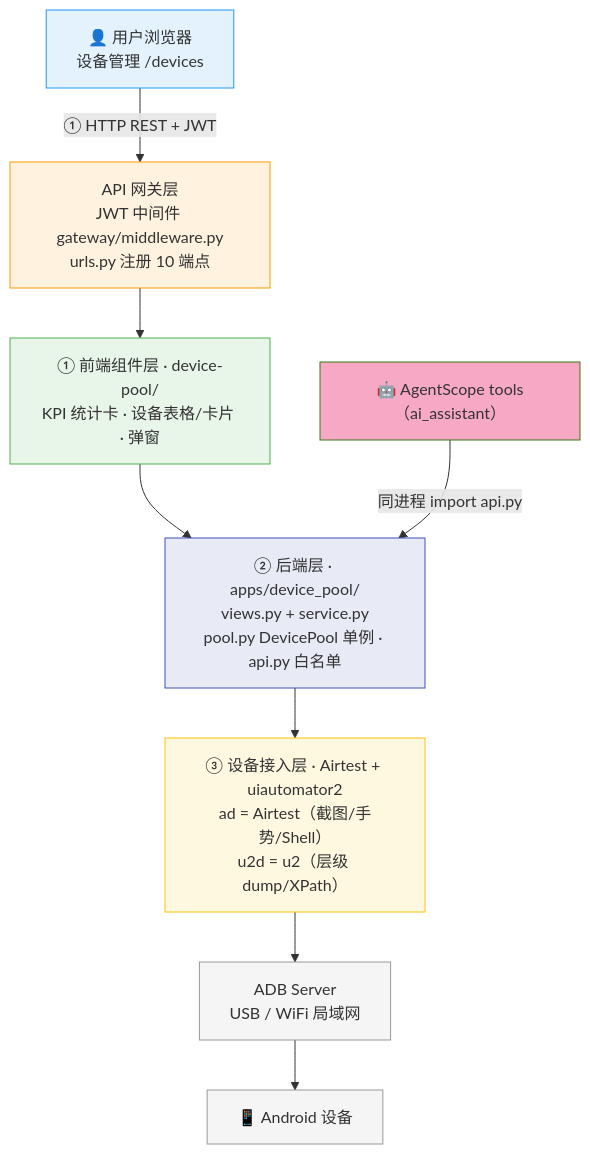
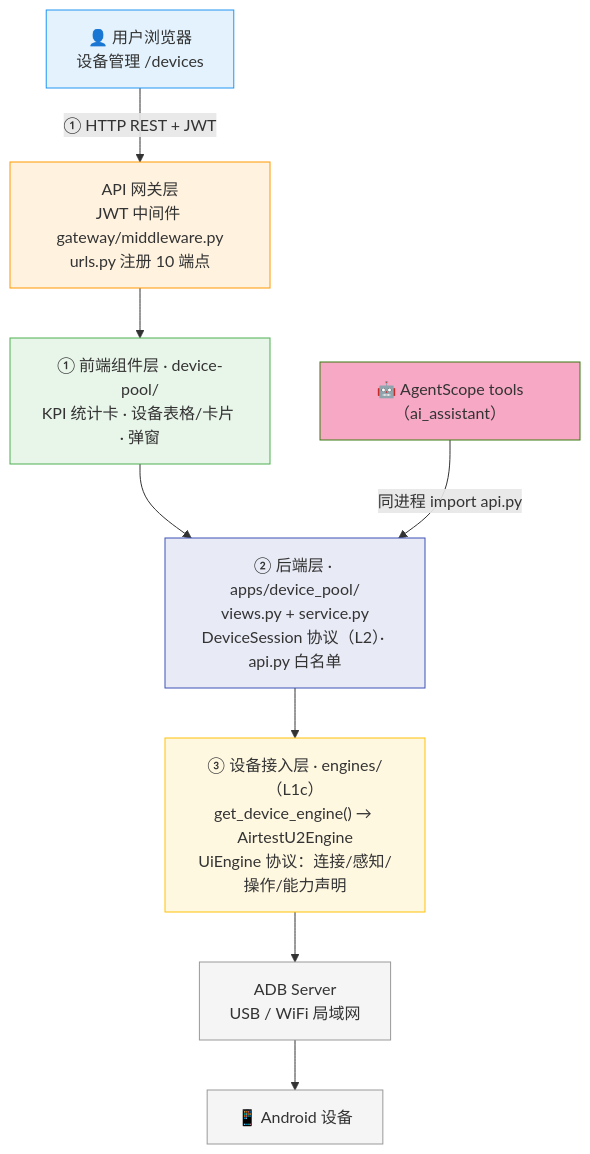
One commit to Kahoku-lazy/Android-AutoTests changed the first of 6 diagrams in dev_docs/03-设计与架构/ARCH-02-设备管理.md. Above: the diagram before and after it, drawn with Mermaid. The commit also changed other lines of this file and 53 other files, not shown here.

````diff
--- a/dev_docs/03-设计与架构/ARCH-02-设备管理.md
+++ b/dev_docs/03-设计与架构/ARCH-02-设备管理.md
@@ -37,26 +37,26 @@
 ```mermaid
 flowchart TD
     U["👤 用户浏览器<br/>设备管理 /devices"]
 
     U -->|"① HTTP REST + JWT"| GATEWAY["API 网关层<br/>JWT 中间件 gateway/middleware.py<br/>urls.py 注册 10 端点"]
 
     GATEWAY --> V["① 前端组件层 · device-pool/<br/>KPI 统计卡 · 设备表格/卡片 · 弹窗"]
 
-    V --> L2["② 后端层 · apps/device_pool/<br/>views.py + service.py<br/>pool.py DevicePool 单例 · api.py 白名单"]
+    V --> B["② 后端层 · apps/device_pool/<br/>views.py + service.py<br/>DeviceSession 协议（L2）· api.py 白名单"]
 
-    L2 --> L3["③ 设备接入层 · Airtest + uiautomator2<br/>ad = Airtest（截图/手势/Shell）<br/>u2d = u2（层级 dump/XPath）"]
+    B --> D["③ 设备接入层 · engines/（L1c）<br/>get_device_engine() → AirtestU2Engine<br/>UiEngine 协议：连接/感知/操作/能力声明"]
 
-    L3 --> ADB["ADB Server<br/>USB / WiFi 局域网"]
+    D --> ADB["ADB Server<br/>USB / WiFi 局域网"]
     ADB --> DEV["📱 Android 设备"]
 
-    AS["🤖 AgentScope tools（ai_assistant）"] -->|"同进程 import api.py"| L2
+    AS["🤖 AgentScope tools（ai_assistant）"] -->|"同进程 import api.py"| B
 
     style U fill:#e3f2fd,stroke:#2196f3
     style GATEWAY fill:#fff3e0,stroke:#ff9800
     style V fill:#e8f5e9,stroke:#4caf50
-    style L2 fill:#e8eaf6,stroke:#3f51b5
-    style L3 fill:#fff8e1,stroke:#ffc107
+    style B fill:#e8eaf6,stroke:#3f51b5
+    style D fill:#fff8e1,stroke:#ffc107
     style ADB fill:#f5f5f5,stroke:#999
     style DEV fill:#f5f5f5,stroke:#999
     style AS fill:#f7a8c4,stroke:#3a7a10
 ```
````
